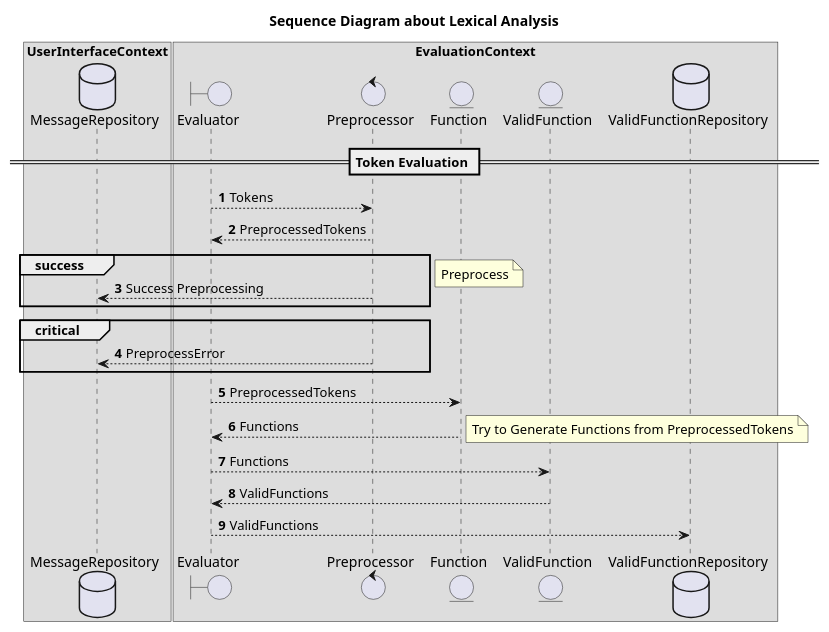
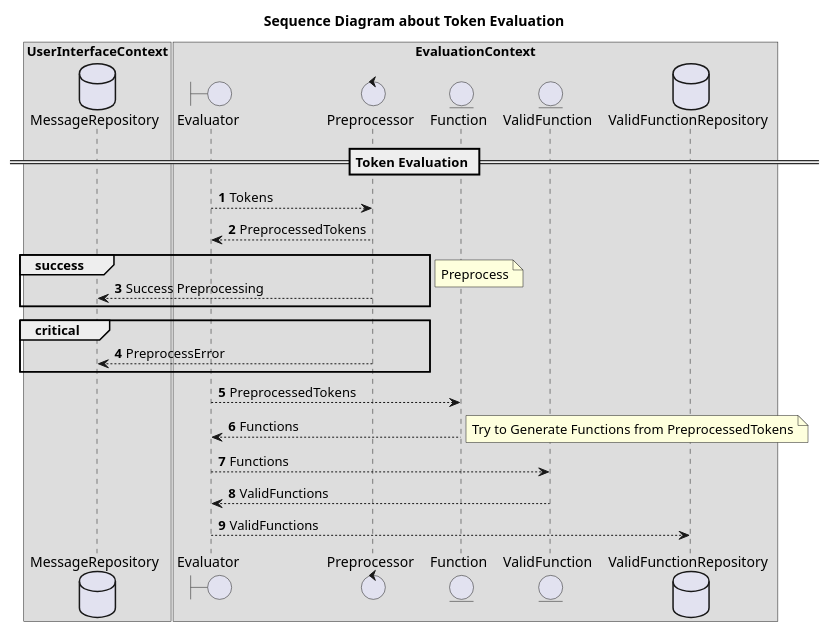
One commit to megumish/megulang changed the diagram in design/token_evaluation.pu. Above: the diagram before and after it, drawn with PlantUML.

```diff
--- a/design/token_evaluation.pu
+++ b/design/token_evaluation.pu
@@ -1,42 +1,42 @@
 @startuml
-title Sequence Diagram about Lexical Analysis
+title Sequence Diagram about Token Evaluation
 autonumber
 
 database MessageRepository
 
 boundary Evaluator
 control Preprocessor
 entity Function
 entity ValidFunction
 database ValidFunctionRepository
 
 box UserInterfaceContext
     participant MessageRepository
 end box
 
 box EvaluationContext
     participant Evaluator
     participant Preprocessor
     participant Function
     participant ValidFunction
     participant ValidFunctionRepository
 end box
 
 == Token Evaluation ==
 Evaluator --> Preprocessor: Tokens
 Evaluator <-- Preprocessor: PreprocessedTokens
 group success
 Preprocessor --> MessageRepository: Success Preprocessing
 end
 note right: Preprocess
 critical
 Preprocessor --> MessageRepository: PreprocessError
 end
 Evaluator --> Function: PreprocessedTokens
 Evaluator <-- Function: Functions
 note right: Try to Generate Functions from PreprocessedTokens
 Evaluator --> ValidFunction: Functions
 Evaluator <-- ValidFunction: ValidFunctions
 Evaluator --> ValidFunctionRepository: ValidFunctions
 
 @enduml
```
